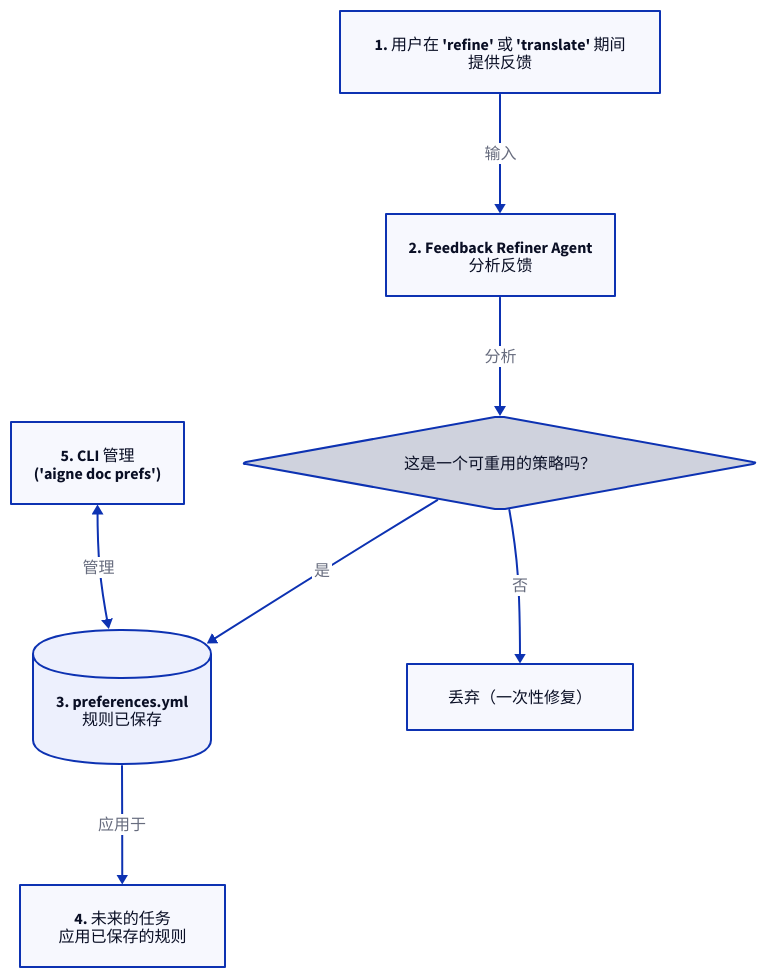
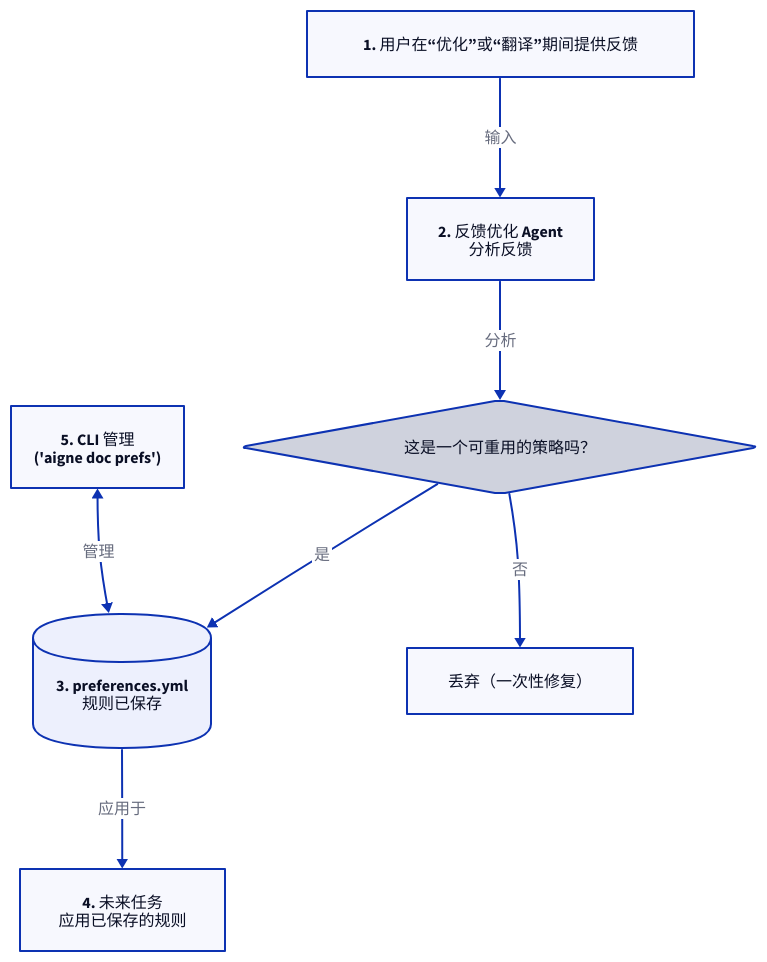
One commit to AIGNE-io/aigne-doc-smith changed the diagram in docs/configuration-preferences.zh.md. Above: the diagram before and after it, drawn with D2. The commit also changed other lines of this file and 27 other files, not shown here.

````diff
--- a/docs/configuration-preferences.zh.md
+++ b/docs/configuration-preferences.zh.md
@@ -9,41 +9,41 @@
 ```d2 偏好生命周期
 direction: down
 
 feedback: {
-  label: "1. 用户在 'refine' 或 'translate' 期间\n提供反馈"
+  label: "1. 用户在“优化”或“翻译”期间提供反馈"
   shape: rectangle
 }
 
 refiner: {
-  label: "2. Feedback Refiner Agent\n分析反馈"
+  label: "2. 反馈优化 Agent\n分析反馈"
   shape: rectangle
 }
 
 decision: {
   label: "这是一个可重用的策略吗？"
   shape: diamond
 }
 
 pref_file: {
   label: "3. preferences.yml\n规则已保存"
   shape: cylinder
 }
 
 future_tasks: {
-  label: "4. 未来的任务\n应用已保存的规则"
+  label: "4. 未来任务\n应用已保存的规则"
   shape: rectangle
 }
 
 cli: {
   label: "5. CLI 管理\n('aigne doc prefs')"
   shape: rectangle
 }
 
 feedback -> refiner: "输入"
 refiner -> decision: "分析"
 decision -> pref_file: "是"
 decision -> "丢弃（一次性修复）": "否"
 pref_file -> future_tasks: "应用于"
 cli <-> pref_file: "管理"
 
 ```
````
